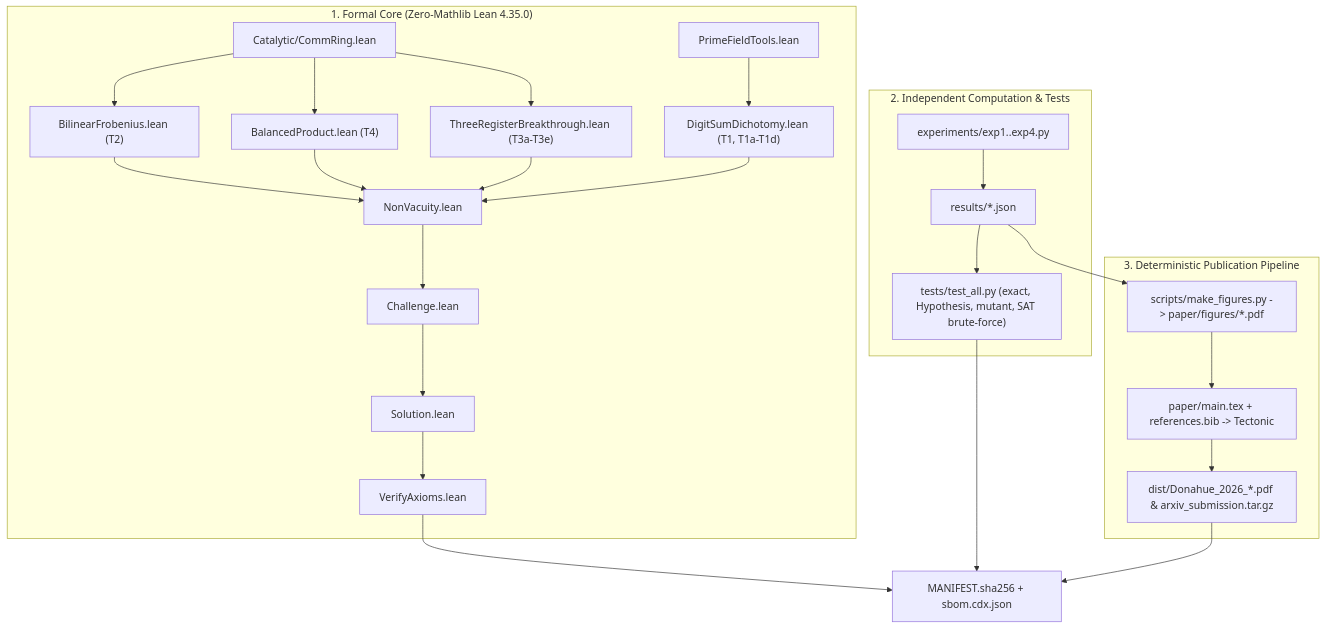
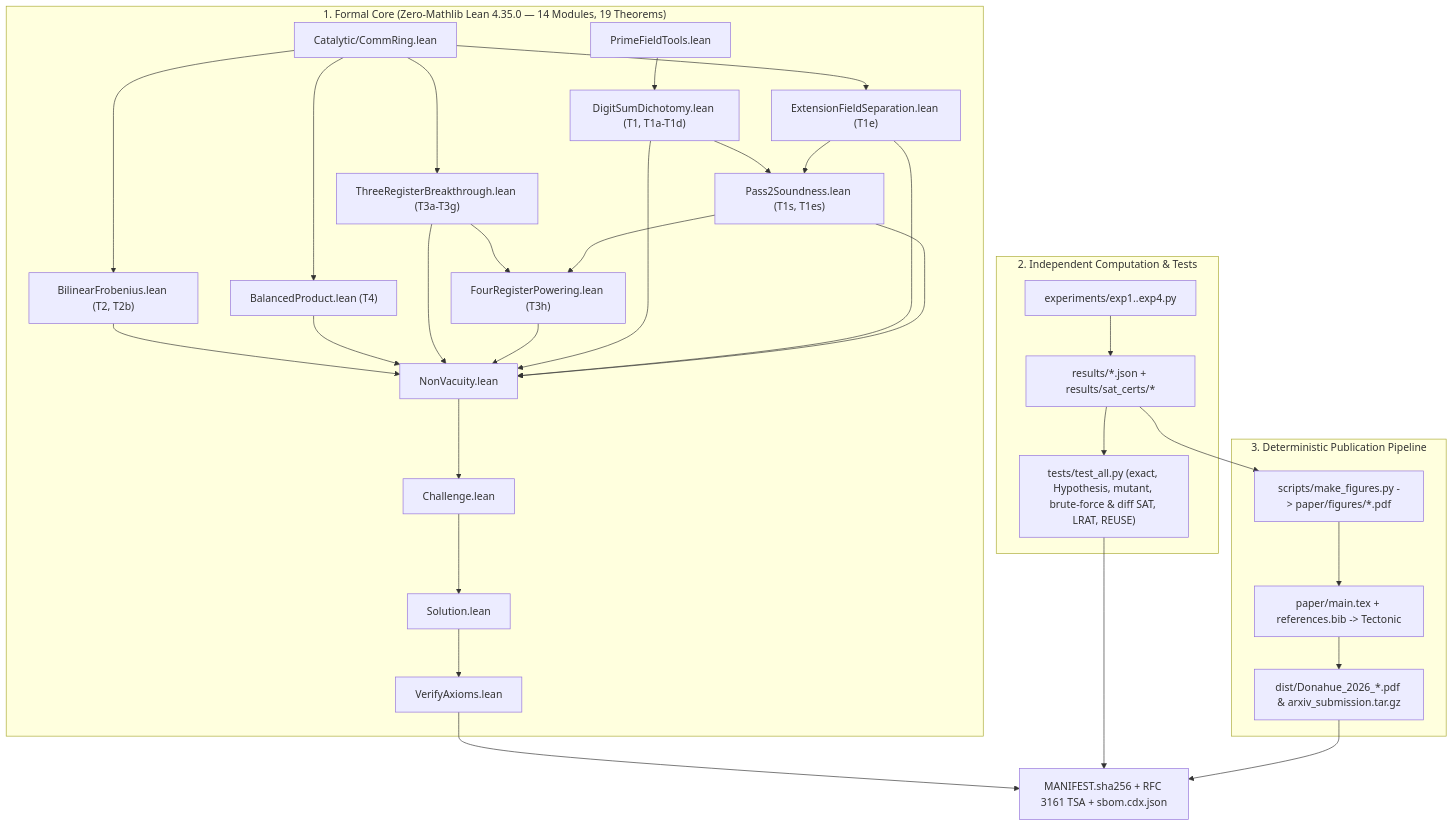
The second of 2 diagrams in docs/architecture.md (0thernes/catalytic-register-frontiers), drawn with Mermaid before and after one commit. The commit also changed other lines of this file and 68 other files, not shown here.

Commit message:
Pass 6: Promote Cor. 5.2 (T3h 4-reg powering) to Tier-1 Lean + full 148-file index audit

````diff
--- a/docs/architecture.md
+++ b/docs/architecture.md
@@ -20,23 +20,27 @@
 ```mermaid
 flowchart TD
-  subgraph Formal["1. Formal Core (Zero-Mathlib Lean 4.35.0)"]
-    CR["Catalytic/CommRing.lean"] --> BF["BilinearFrobenius.lean (T2)"]
+  subgraph Formal["1. Formal Core (Zero-Mathlib Lean 4.35.0 — 14 Modules, 19 Theorems)"]
+    CR["Catalytic/CommRing.lean"] --> BF["BilinearFrobenius.lean (T2, T2b)"]
     CR --> BP["BalancedProduct.lean (T4)"]
-    CR --> TR["ThreeRegisterBreakthrough.lean (T3a-T3e)"]
+    CR --> TR["ThreeRegisterBreakthrough.lean (T3a-T3g)"]
+    TR --> FP["FourRegisterPowering.lean (T3h)"]
     PF["PrimeFieldTools.lean"] --> DS["DigitSumDichotomy.lean (T1, T1a-T1d)"]
-    BF & BP & TR & DS --> NV["NonVacuity.lean"]
+    CR --> EF["ExtensionFieldSeparation.lean (T1e)"]
+    DS & EF --> PS["Pass2Soundness.lean (T1s, T1es)"]
+    PS --> FP
+    BF & BP & TR & FP & DS & EF & PS --> NV["NonVacuity.lean"]
     NV --> CH["Challenge.lean"] --> SOL["Solution.lean"] --> VA["VerifyAxioms.lean"]
   end
   subgraph Comp["2. Independent Computation & Tests"]
-    EXP["experiments/exp1..exp4.py"] --> RES["results/*.json"]
-    RES --> TST["tests/test_all.py (exact, Hypothesis, mutant, SAT brute-force)"]
+    EXP["experiments/exp1..exp4.py"] --> RES["results/*.json + results/sat_certs/*"]
+    RES --> TST["tests/test_all.py (exact, Hypothesis, mutant, brute-force & diff SAT, LRAT, REUSE)"]
   end
   subgraph Pub["3. Deterministic Publication Pipeline"]
     RES --> FIG["scripts/make_figures.py -> paper/figures/*.pdf"]
     FIG --> TEX["paper/main.tex + references.bib -> Tectonic"]
     TEX --> OUT["dist/Donahue_2026_*.pdf & arxiv_submission.tar.gz"]
   end
-  VA --> SHA["MANIFEST.sha256 + sbom.cdx.json"]
+  VA --> SHA["MANIFEST.sha256 + RFC 3161 TSA + sbom.cdx.json"]
   TST --> SHA
   OUT --> SHA
 ```
````
